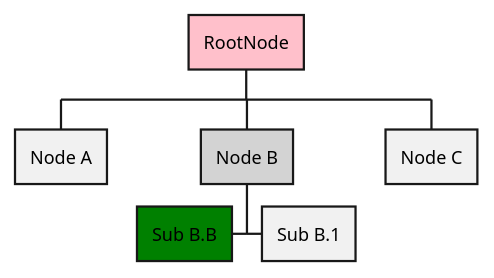
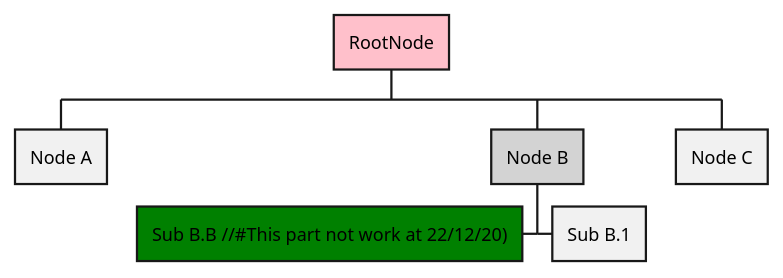
Before and after one commit to Pyrex-FWI/plantuml: the second of 2 diagrams in README.md, drawn with PlantUML.

Commit message:
Bug of plantuml

````diff
--- a/README.md
+++ b/README.md
@@ -94,14 +94,14 @@
 ```plantuml
 #test-2.plantuml
 
 @startwbs
 
 *[#pink] RootNode
 ** Node A
 **[#lightgray] Node B
 *** Sub B.1
-***[#green]< Sub B.B
+***[#green]< Sub B.B //#This part not work at 22/12/20)
 ** Node C
 
 @endwbs
 ```
````
